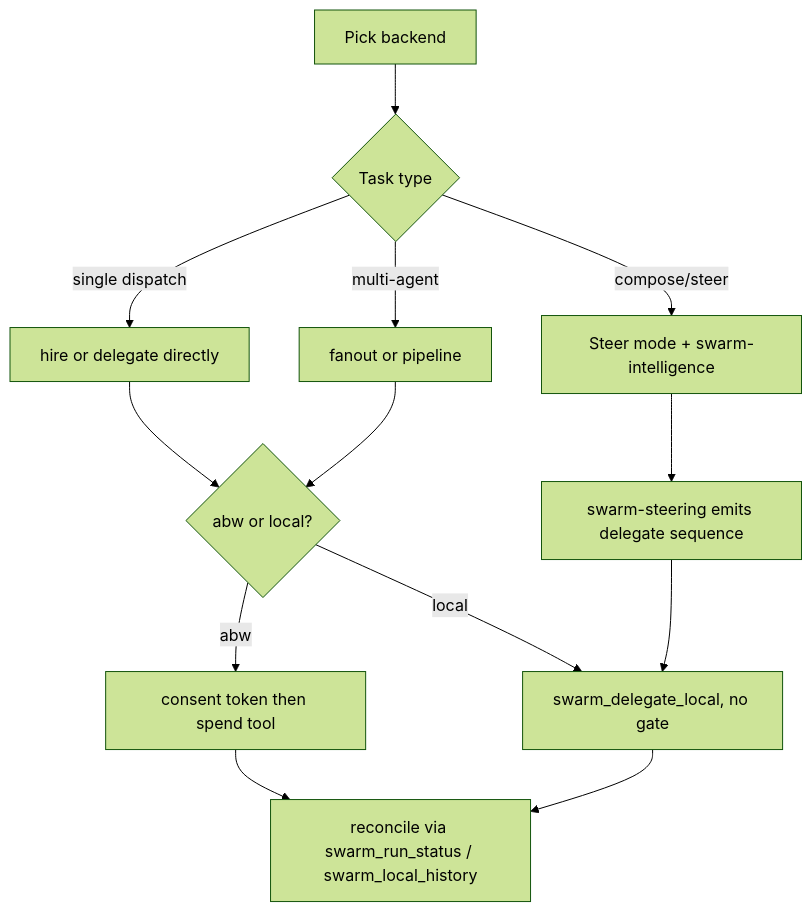
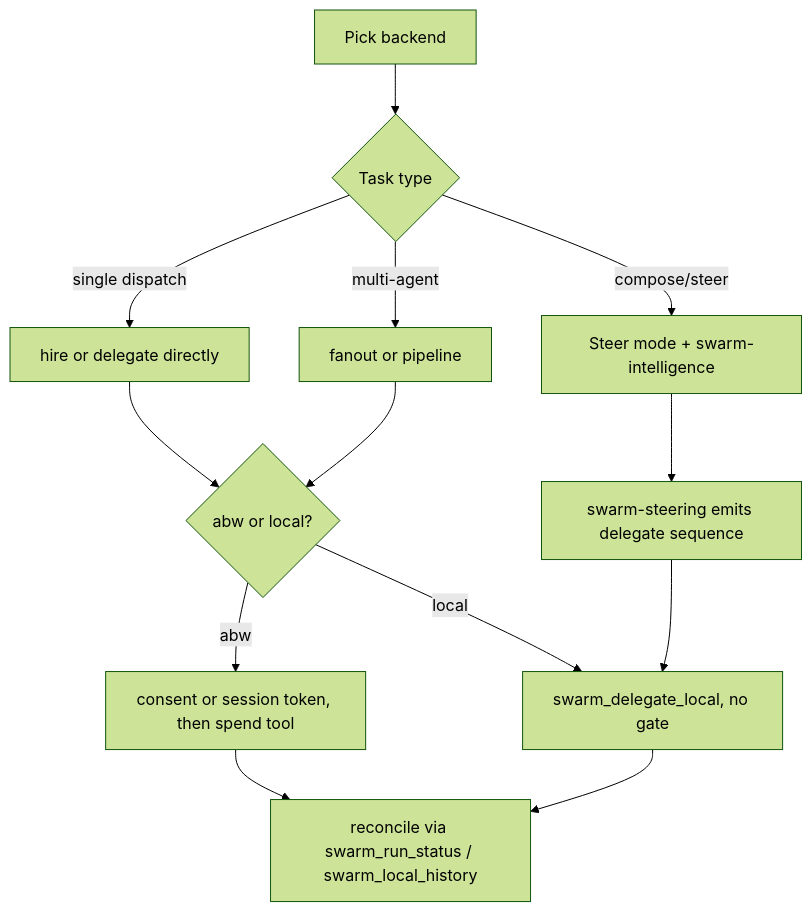
One commit to mdz-axo/zed-kask changed the first of 2 diagrams in kask/docs/diataxis/swarm_system/how-to.md. Above: the diagram before and after it, drawn with Mermaid (forest theme). The commit also changed other lines of this file and 41 other files, not shown here.

````diff
--- a/kask/docs/diataxis/swarm_system/how-to.md
+++ b/kask/docs/diataxis/swarm_system/how-to.md
@@ -42,15 +43,15 @@
 ```mermaid
 flowchart TD
     P[Pick backend] --> Q{Task type}
     Q -->|single dispatch| D[hire or delegate directly]
     Q -->|multi-agent| F[fanout or pipeline]
     Q -->|compose/steer| S[Steer mode + swarm-intelligence]
     D --> G{abw or local?}
-    G -->|abw| H[consent token then spend tool]
+    G -->|abw| H[consent or session token, then spend tool]
     G -->|local| L[swarm_delegate_local, no gate]
     F --> G
     S --> R[swarm-steering emits delegate sequence]
     R --> L
     H --> REC[reconcile via swarm_run_status / swarm_local_history]
     L --> REC
 ```
````
